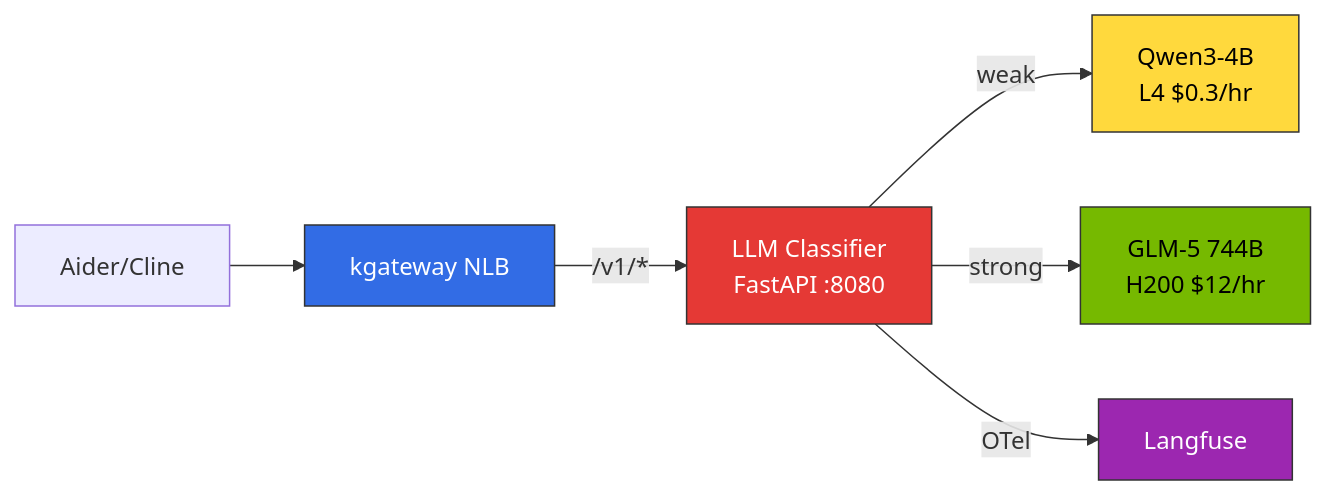
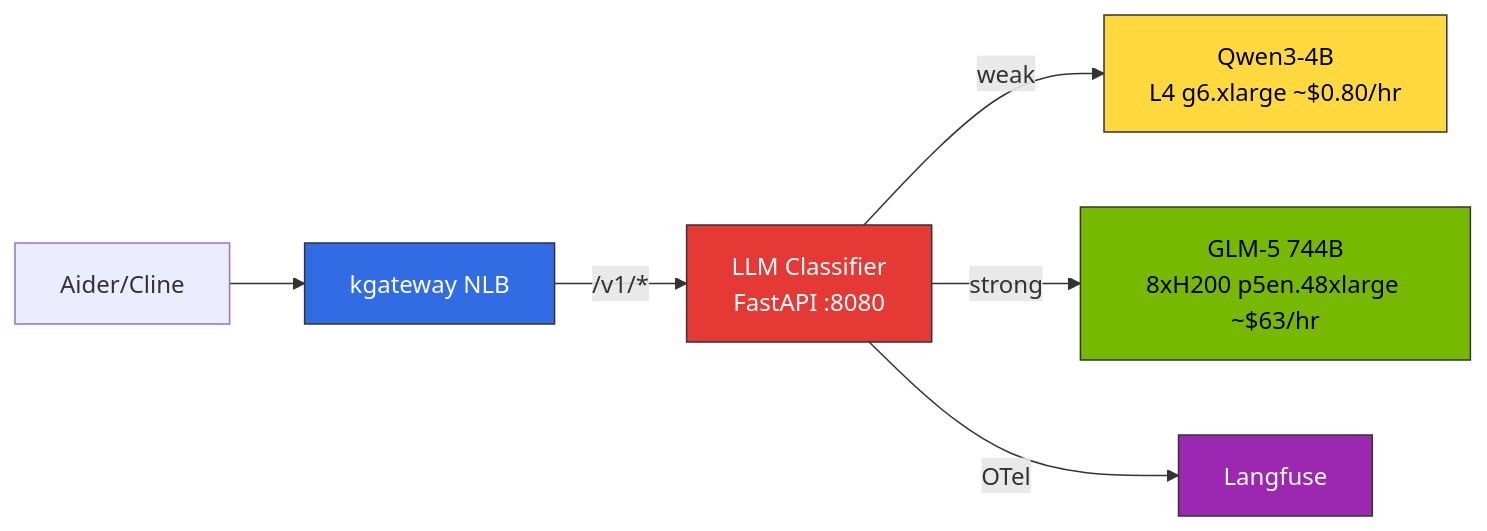
One commit to devfloor9/engineering-playbook changed the first of 3 diagrams in docs/agentic-ai-platform/reference-architecture/inference-gateway/setup/advanced-features.md. Above: the diagram before and after it, drawn with Mermaid. The commit also changed other lines of this file and 49 other files, not shown here.

````diff
--- a/docs/agentic-ai-platform/reference-architecture/inference-gateway/setup/advanced-features.md
+++ b/docs/agentic-ai-platform/reference-architecture/inference-gateway/setup/advanced-features.md
@@ -40,14 +40,14 @@
 ```mermaid
 graph LR
     Client[Aider/Cline] --> KGW[kgateway NLB]
     KGW -->|/v1/*| CLS[LLM Classifier<br/>FastAPI :8080]
-    CLS -->|weak| SLM[Qwen3-4B<br/>L4 $0.3/hr]
-    CLS -->|strong| LLM[GLM-5 744B<br/>H200 $12/hr]
+    CLS -->|weak| SLM[Qwen3-4B<br/>L4 g6.xlarge ~$0.80/hr]
+    CLS -->|strong| LLM[GLM-5 744B<br/>8xH200 p5en.48xlarge ~$63/hr]
     CLS -->|OTel| LF[Langfuse]
     
     style KGW fill:#326ce5,stroke:#333,color:#fff
     style CLS fill:#e53935,stroke:#333,color:#fff
     style SLM fill:#ffd93d,stroke:#333,color:#000
     style LLM fill:#76b900,stroke:#333,color:#000
     style LF fill:#9c27b0,stroke:#333,color:#fff
 ```
````
